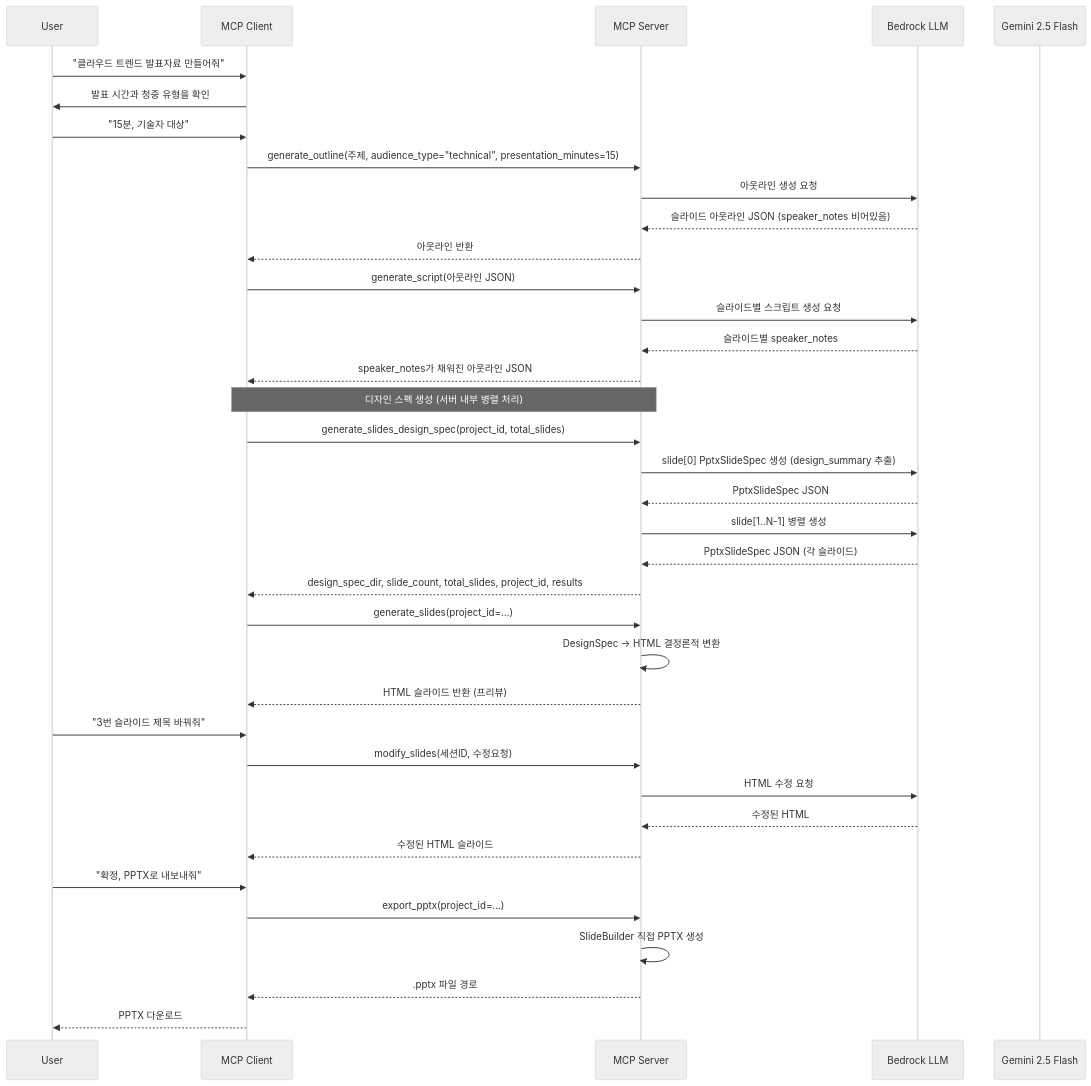
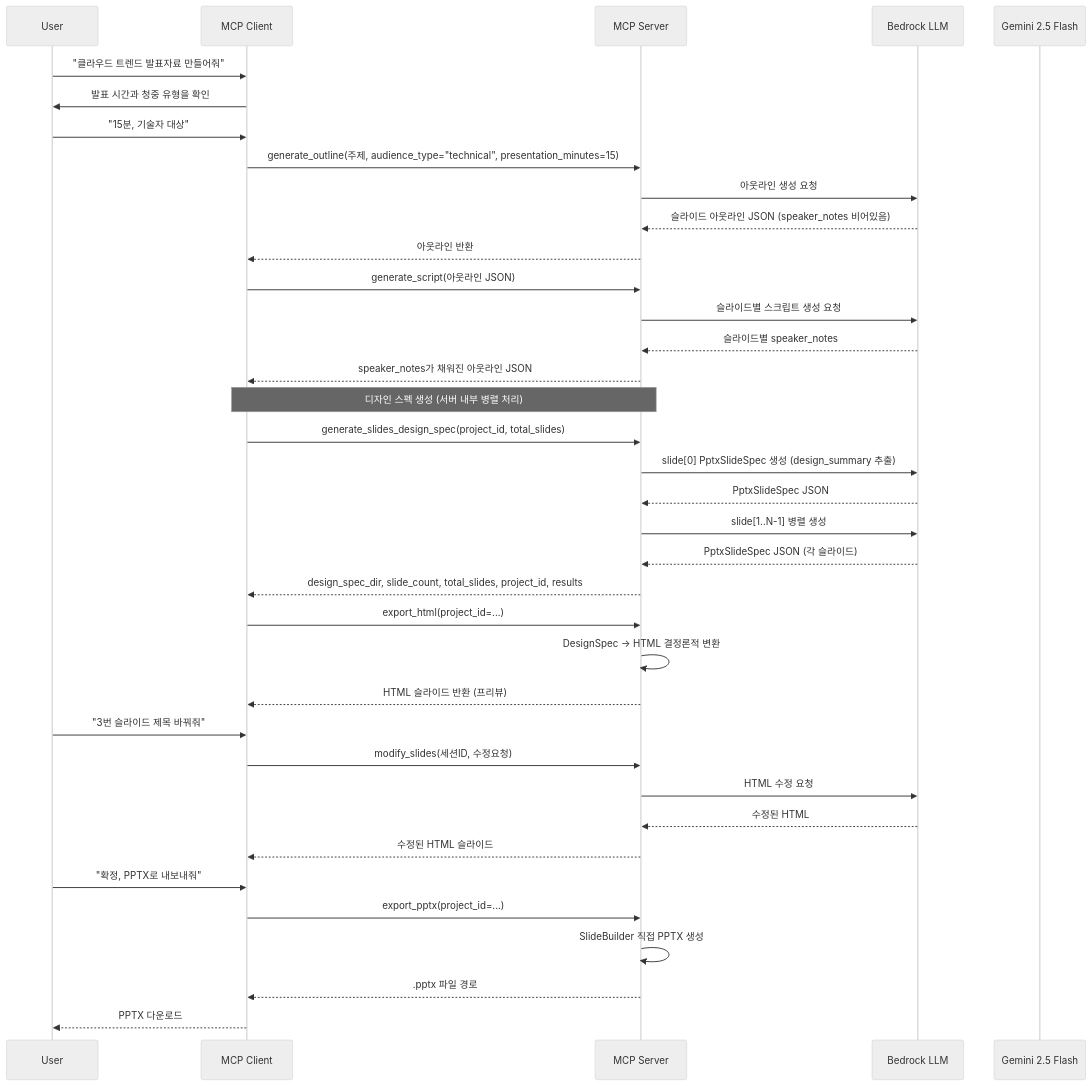
The third of 3 diagrams in docs/ppt-generator.alps.md (haandol/ppt-generator), drawn with Mermaid (neutral theme) before and after one commit. The commit also changed other lines of this file and 17 other files, not shown here.

First line of the commit message:
refactor(slides): rename generate_slides to export_html for naming consistency

````diff
--- a/docs/ppt-generator.alps.md
+++ b/docs/ppt-generator.alps.md
@@ -169,45 +169,45 @@
 ```mermaid
 sequenceDiagram
     participant User
     participant MCPClient as MCP Client
     participant MCPServer as MCP Server
     participant Bedrock as Bedrock LLM
     participant Gemini as Gemini 2.5 Flash
 
     User->>MCPClient: "클라우드 트렌드 발표자료 만들어줘"
     MCPClient->>User: 발표 시간과 청중 유형을 확인
     User->>MCPClient: "15분, 기술자 대상"
     MCPClient->>MCPServer: generate_outline(주제, audience_type="technical", presentation_minutes=15)
     MCPServer->>Bedrock: 아웃라인 생성 요청
     Bedrock-->>MCPServer: 슬라이드 아웃라인 JSON (speaker_notes 비어있음)
     MCPServer-->>MCPClient: 아웃라인 반환
 
     MCPClient->>MCPServer: generate_script(아웃라인 JSON)
     MCPServer->>Bedrock: 슬라이드별 스크립트 생성 요청
     Bedrock-->>MCPServer: 슬라이드별 speaker_notes
     MCPServer-->>MCPClient: speaker_notes가 채워진 아웃라인 JSON
 
     Note over MCPClient,MCPServer: 디자인 스펙 생성 (서버 내부 병렬 처리)
     MCPClient->>MCPServer: generate_slides_design_spec(project_id, total_slides)
     MCPServer->>Bedrock: slide[0] PptxSlideSpec 생성 (design_summary 추출)
     Bedrock-->>MCPServer: PptxSlideSpec JSON
     MCPServer->>Bedrock: slide[1..N-1] 병렬 생성
     Bedrock-->>MCPServer: PptxSlideSpec JSON (각 슬라이드)
     MCPServer-->>MCPClient: design_spec_dir, slide_count, total_slides, project_id, results
 
-    MCPClient->>MCPServer: generate_slides(project_id=...)
+    MCPClient->>MCPServer: export_html(project_id=...)
     MCPServer->>MCPServer: DesignSpec → HTML 결정론적 변환
     MCPServer-->>MCPClient: HTML 슬라이드 반환 (프리뷰)
 
     User->>MCPClient: "3번 슬라이드 제목 바꿔줘"
     MCPClient->>MCPServer: modify_slides(세션ID, 수정요청)
     MCPServer->>Bedrock: HTML 수정 요청
     Bedrock-->>MCPServer: 수정된 HTML
     MCPServer-->>MCPClient: 수정된 HTML 슬라이드
 
     User->>MCPClient: "확정, PPTX로 내보내줘"
     MCPClient->>MCPServer: export_pptx(project_id=...)
     MCPServer->>MCPServer: SlideBuilder 직접 PPTX 생성
     MCPServer-->>MCPClient: .pptx 파일 경로
     MCPClient-->>User: PPTX 다운로드
 ```
````
